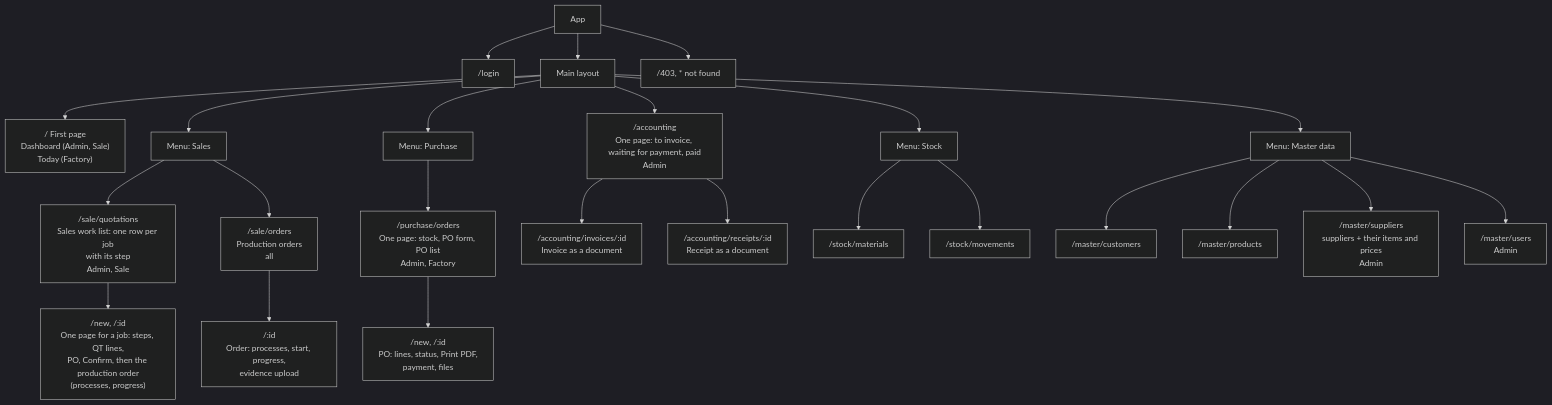
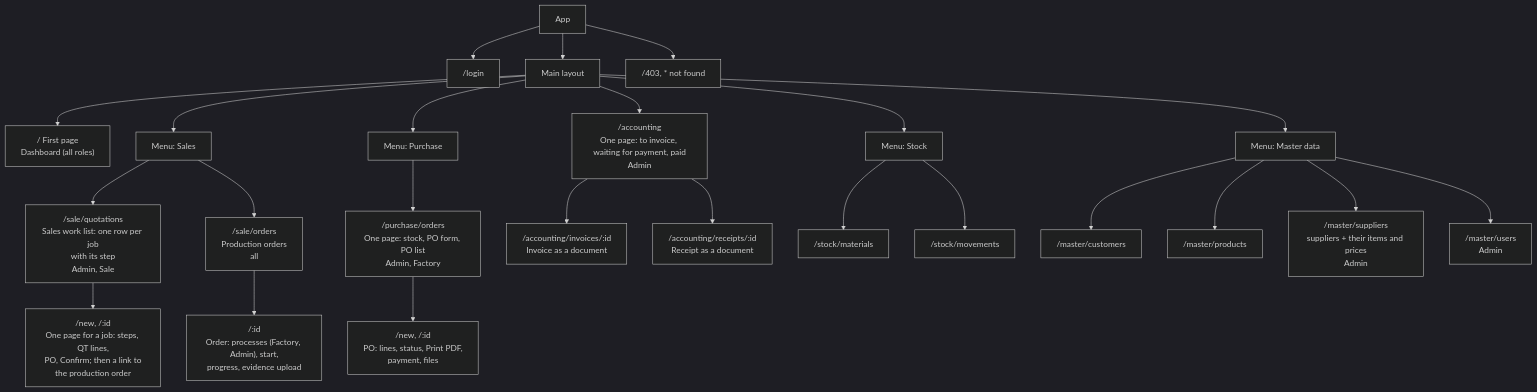
One commit to Detmon0410/Base_Sample_ERP changed the diagram in ProjectdocInfo/Site Map.md. Above: the diagram before and after it, drawn with Mermaid (dark theme). The commit also changed other lines of this file and 6 other files, not shown here.

Commit message:
ProjectdocInfo: the diagrams follow the code (the Factory adds the processes, no Today page, 23 tables, columns of the ER)

````diff
--- a/ProjectdocInfo/Site Map.md
+++ b/ProjectdocInfo/Site Map.md
@@ -3,33 +3,33 @@
 ```mermaid
 flowchart TD
     Root[App] --> Login["/login"]
     Root --> Main[Main layout]
 
-    Main --> Dash["/ First page<br/>Dashboard (Admin, Sale)<br/>Today (Factory)"]
+    Main --> Dash["/ First page<br/>Dashboard (all roles)"]
 
     Main --> Orders[Menu: Sales]
     Orders --> QT["/sale/quotations<br/>Sales work list: one row per job<br/>with its step<br/>Admin, Sale"]
-    QT --> QT1["/new, /:id<br/>One page for a job: steps, QT lines,<br/>PO, Confirm, then the production order<br/>(processes, progress)"]
+    QT --> QT1["/new, /:id<br/>One page for a job: steps, QT lines,<br/>PO, Confirm; then a link to<br/>the production order"]
     Orders --> PO["/sale/orders<br/>Production orders<br/>all"]
-    PO --> PO1["/:id<br/>Order: processes, start, progress,<br/>evidence upload"]
+    PO --> PO1["/:id<br/>Order: processes (Factory, Admin), start,<br/>progress, evidence upload"]
 
     Main --> Pur["Menu: Purchase"]
     Pur --> PUR["/purchase/orders<br/>One page: stock, PO form, PO list<br/>Admin, Factory"]
     PUR --> PUR1["/new, /:id<br/>PO: lines, status, Print PDF,<br/>payment, files"]
 
     Main --> Acc["/accounting<br/>One page: to invoice, waiting for payment, paid<br/>Admin"]
     Acc --> INV["/accounting/invoices/:id<br/>Invoice as a document"]
     Acc --> REC["/accounting/receipts/:id<br/>Receipt as a document"]
 
     Main --> Stk[Menu: Stock]
     Stk --> MAT["/stock/materials"]
     Stk --> MOV["/stock/movements"]
 
     Main --> Mst[Menu: Master data]
     Mst --> CUS["/master/customers"]
     Mst --> PRD["/master/products"]
     Mst --> SUP["/master/suppliers<br/>suppliers + their items and prices<br/>Admin"]
     Mst --> USR["/master/users<br/>Admin"]
 
     Root --> Sys["/403, * not found"]
 ```
````
